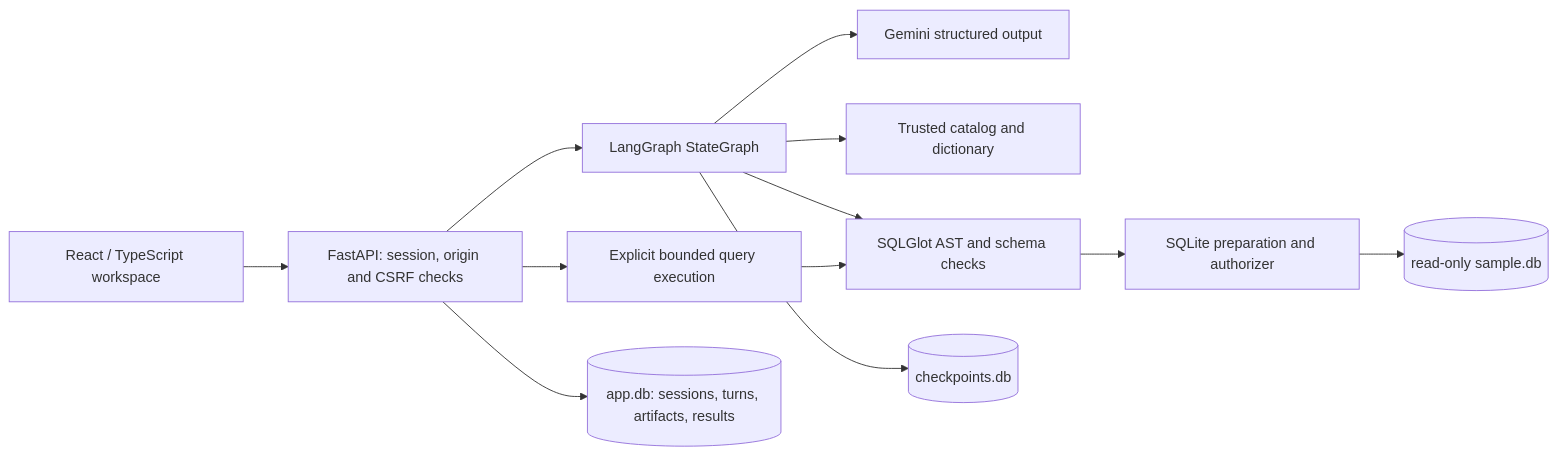
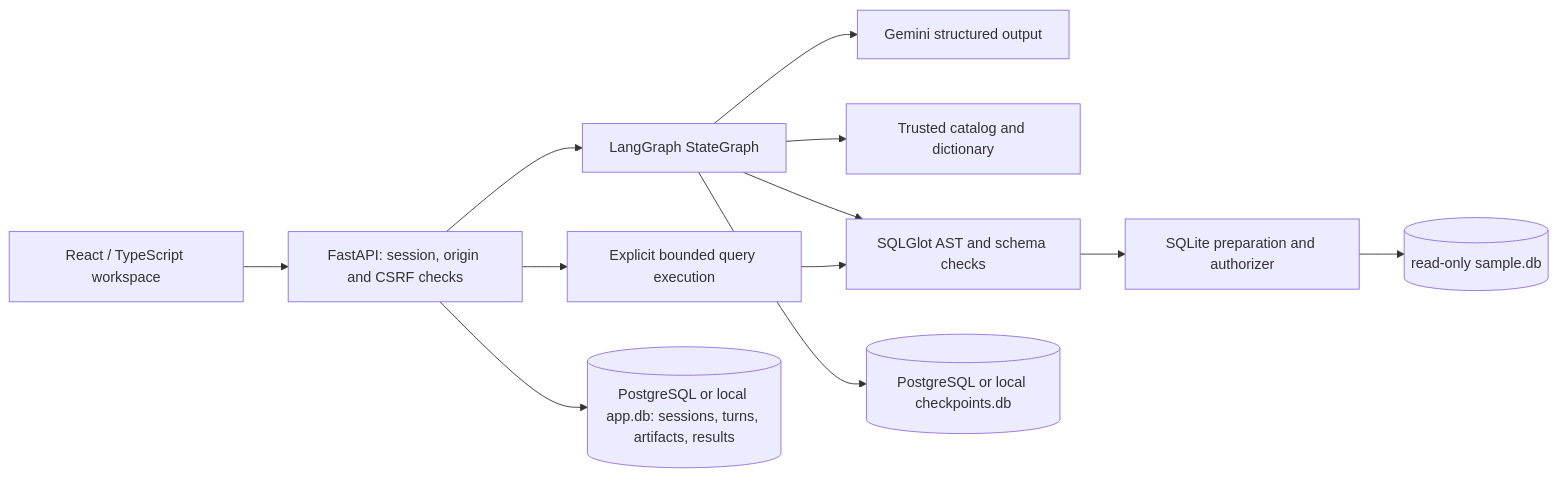
The diagram in docs/architecture.md (VinodKondawar2003/FDE_SQL_AI_ASSISTANT), drawn with Mermaid before and after one commit. The commit also changed other lines of this file and 28 other files, not shown here.

````diff
--- a/docs/architecture.md
+++ b/docs/architecture.md
@@ -3,14 +5,14 @@
 ```mermaid
 flowchart LR
  Browser[React / TypeScript workspace] --> API[FastAPI: session, origin and CSRF checks]
  API --> Graph[LangGraph StateGraph]
  Graph --> Gemini[Gemini structured output]
  Graph --> Catalog[Trusted catalog and dictionary]
  Graph --> Validator[SQLGlot AST and schema checks]
  Validator --> Prepare[SQLite preparation and authorizer]
  Prepare --> Sample[(read-only sample.db)]
  API --> Execution[Explicit bounded query execution]
  Execution --> Validator
- API --> AppDB[(app.db: sessions, turns, artifacts, results)]
- Graph --> Checkpoints[(checkpoints.db)]
+ API --> AppDB[(PostgreSQL or local app.db: sessions, turns, artifacts, results)]
+ Graph --> Checkpoints[(PostgreSQL or local checkpoints.db)]
 ```
````
